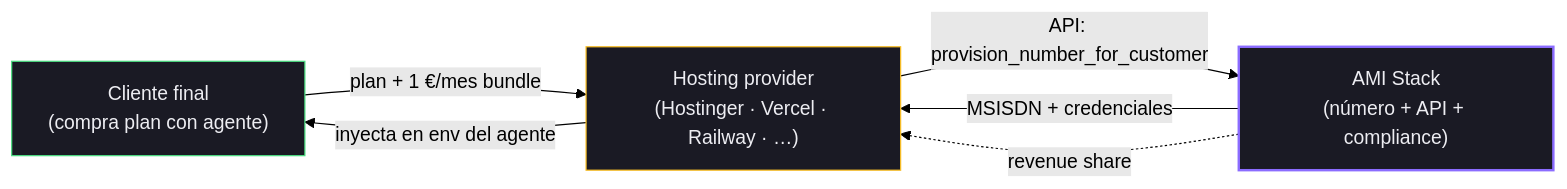
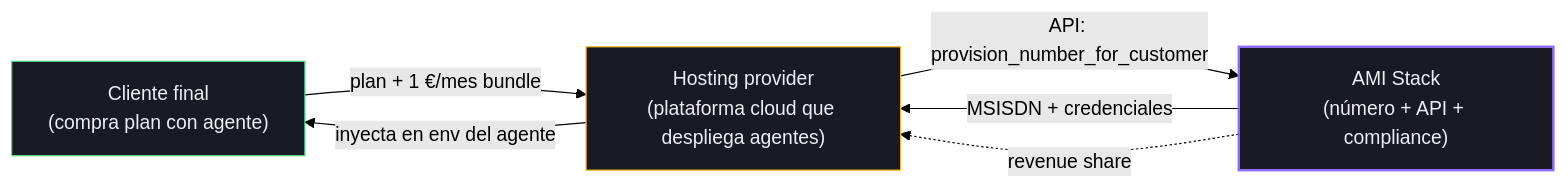
The fourth of 4 diagrams in docs/PARTNERSHIP.md (Gamino17/AMI), drawn with Mermaid (forest theme) before and after one commit. The commit also changed other lines of this file and 2 other files, not shown here.

````diff
--- a/docs/PARTNERSHIP.md
+++ b/docs/PARTNERSHIP.md
@@ -213,16 +213,16 @@
 ```mermaid
 flowchart LR
   classDef provider fill:#1a1a24,stroke:#fbbf24,color:#ededf2,stroke-width:1px
   classDef customer fill:#1a1a24,stroke:#4ade80,color:#ededf2,stroke-width:1px
   classDef parallax fill:#1a1a24,stroke:#8b6cff,color:#ededf2,stroke-width:2px
 
   C["Cliente final<br/>(compra plan con agente)"]:::customer
-  H["Hosting provider<br/>(Hostinger · Vercel · Railway · …)"]:::provider
+  H["Hosting provider<br/>(plataforma cloud que despliega agentes)"]:::provider
   AMI["AMI Stack<br/>(número + API + compliance)"]:::parallax
 
   C -->|plan + 1 €/mes bundle| H
   H -->|API: provision_number_for_customer| AMI
   AMI -->|MSISDN + credenciales| H
   H -->|inyecta en env del agente| C
   AMI -.revenue share.-> H
 ```
````
